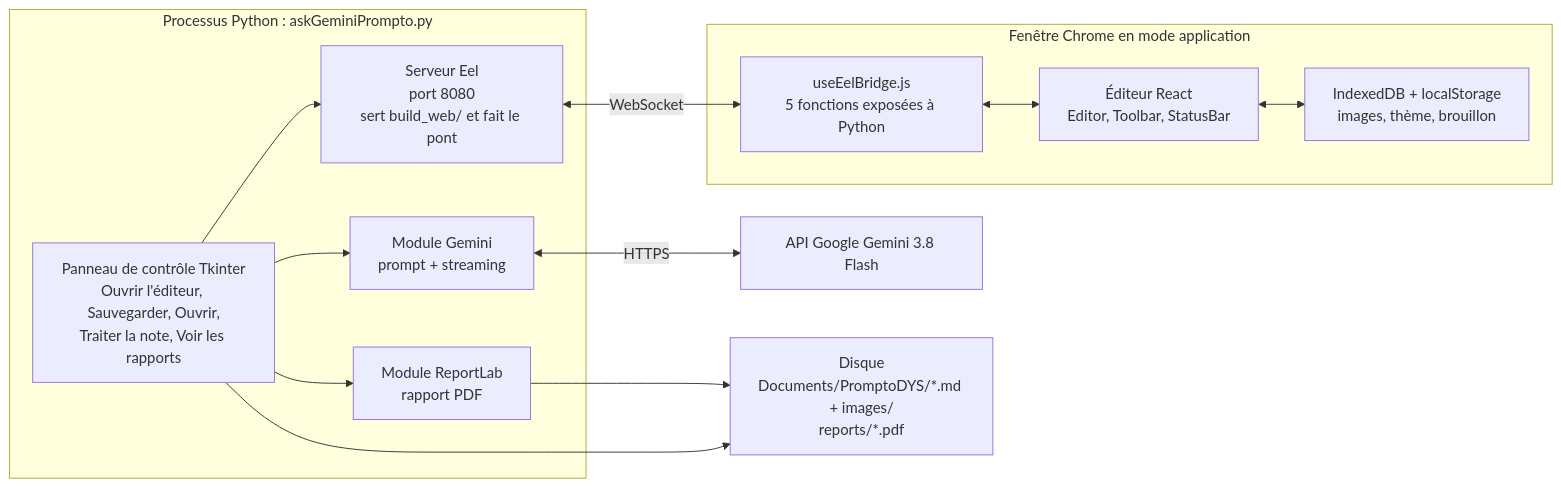
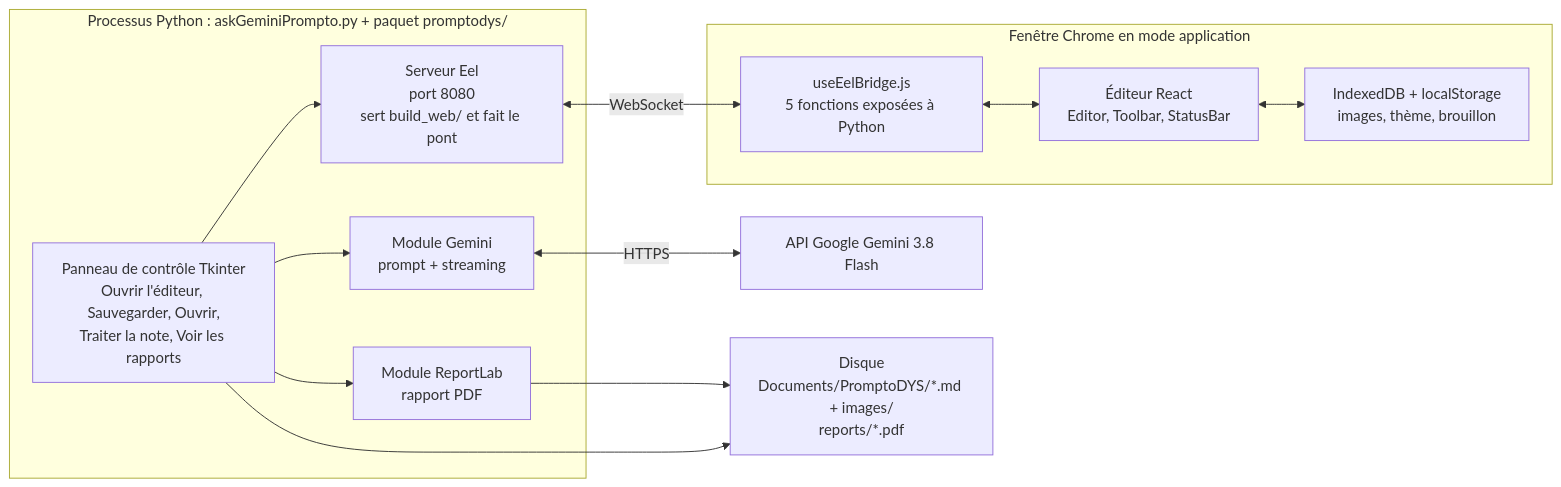
One commit to lecinquiemejour-code/PromptoDYS_app changed the first of 5 diagrams in doc/ARCHITECTURE.md. Above: the diagram before and after it, drawn with Mermaid. The commit also changed other lines of this file and 6 other files, not shown here.

````diff
--- a/doc/ARCHITECTURE.md
+++ b/doc/ARCHITECTURE.md
@@ -41,28 +41,28 @@
 ```mermaid
 flowchart LR
-    subgraph PY["Processus Python : askGeminiPrompto.py"]
+    subgraph PY["Processus Python : askGeminiPrompto.py + paquet promptodys/"]
         TK["Panneau de contrôle Tkinter<br/>Ouvrir l'éditeur, Sauvegarder, Ouvrir,<br/>Traiter la note, Voir les rapports"]
         EEL["Serveur Eel<br/>port 8080<br/>sert build_web/ et fait le pont"]
         IA["Module Gemini<br/>prompt + streaming"]
         PDF["Module ReportLab<br/>rapport PDF"]
     end
 
     subgraph CHROME["Fenêtre Chrome en mode application"]
         REACT["Éditeur React<br/>Editor, Toolbar, StatusBar"]
         BRIDGE["useEelBridge.js<br/>5 fonctions exposées à Python"]
         IDB["IndexedDB + localStorage<br/>images, thème, brouillon"]
     end
 
     GEMINI["API Google Gemini 3.8 Flash"]
     DISK["Disque<br/>Documents/PromptoDYS/*.md + images/<br/>reports/*.pdf"]
 
     TK --> EEL
     TK --> IA
     TK --> PDF
     EEL <-- "WebSocket" --> BRIDGE
     BRIDGE <--> REACT
     REACT <--> IDB
     IA <-- "HTTPS" --> GEMINI
     PDF --> DISK
     TK --> DISK
 ```
````
